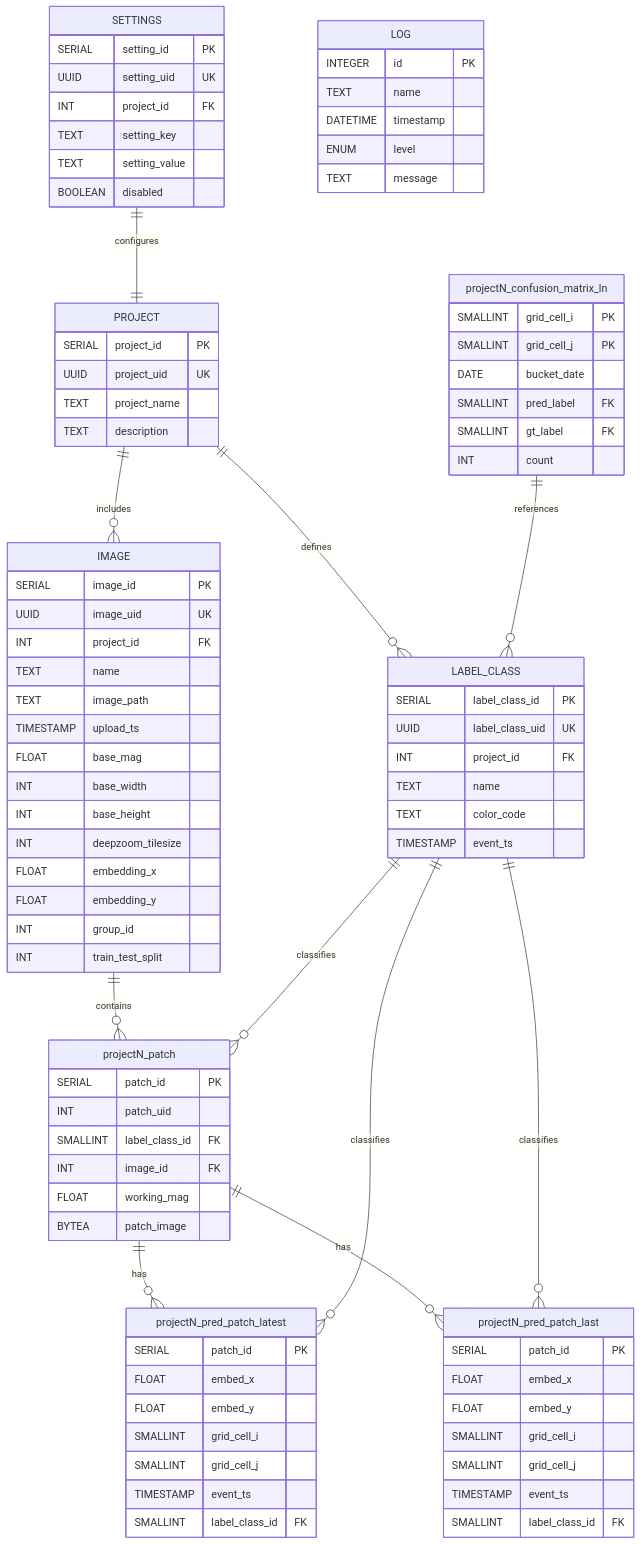
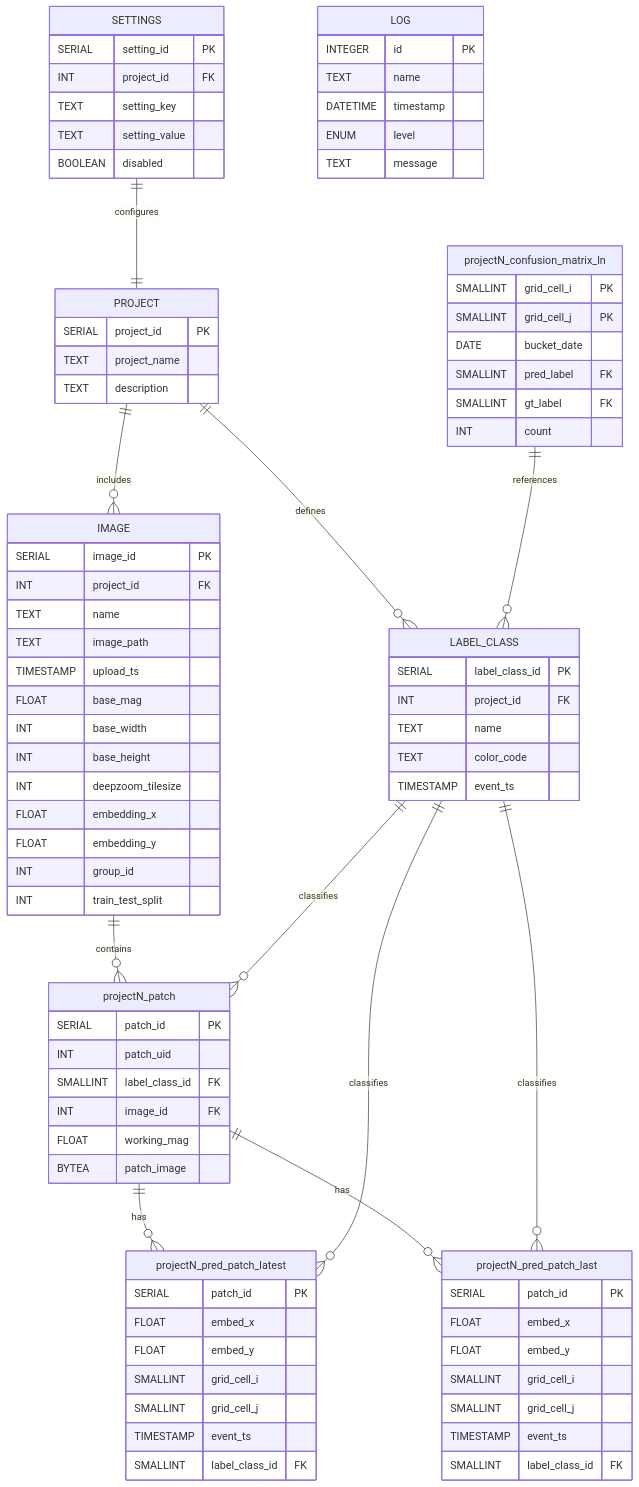
One commit to choosehappy/PatchSorter changed the diagram in docs/source/design_material_draft2/db_technical_design.md. Above: the diagram before and after it, drawn with Mermaid. The commit also changed other lines of this file and 1 other file, not shown here.

Commit message:
removed uids from documentation

```diff
--- a/docs/source/design_material_draft2/db_technical_design.md
+++ b/docs/source/design_material_draft2/db_technical_design.md
@@ -189,7 +185,6 @@
 erDiagram
     SETTINGS {
         SERIAL setting_id PK
-        UUID setting_uid UK
         INT project_id FK
         TEXT setting_key
         TEXT setting_value
@@ -197,13 +192,11 @@
     }
     PROJECT {
         SERIAL project_id PK
-        UUID project_uid UK
         TEXT project_name
         TEXT description
     }
     IMAGE {
         SERIAL image_id PK
-        UUID image_uid UK
         INT project_id FK
         TEXT name
         TEXT image_path
@@ -219,7 +212,6 @@
     }
     LABEL_CLASS {
         SERIAL label_class_id PK
-        UUID label_class_uid UK
         INT project_id FK
         TEXT name
         TEXT color_code
```
